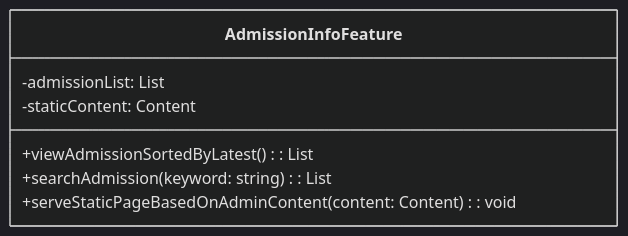
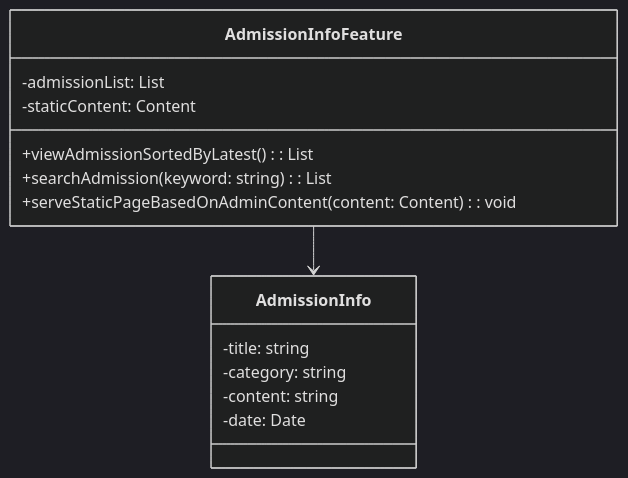
The sixth of 11 diagrams in 2. Design/Software Design Documents.md (sun922/University-SoftwareDesign), drawn with Mermaid (dark theme) before and after one commit. The commit also changed other lines of this file, not shown here.

Commit message:
클래스 다이어그램 누락된거 수정

````diff
--- a/2. Design/Software Design Documents.md
+++ b/2. Design/Software Design Documents.md
@@ -584,11 +599,20 @@
 ```mermaid
 classDiagram
 class AdmissionInfoFeature {
-        -admissionList: List
-        -staticContent: Content
+    -admissionList: List<AdmissionInfo>
+    -staticContent: Content
 
-        +viewAdmissionSortedByLatest(): List
-        +searchAdmission(keyword: string): List
-        +serveStaticPageBasedOnAdminContent(content: Content): void
-    }
+    +viewAdmissionSortedByLatest(): List<AdmissionInfo>
+    +searchAdmission(keyword: string): List<AdmissionInfo>
+    +serveStaticPageBasedOnAdminContent(content: Content): void
+}
+
+class AdmissionInfo {
+    -title: string
+    -category: string  
+    -content: string
+    -date: Date
+}
+
+AdmissionInfoFeature --> AdmissionInfo
 ```
````
